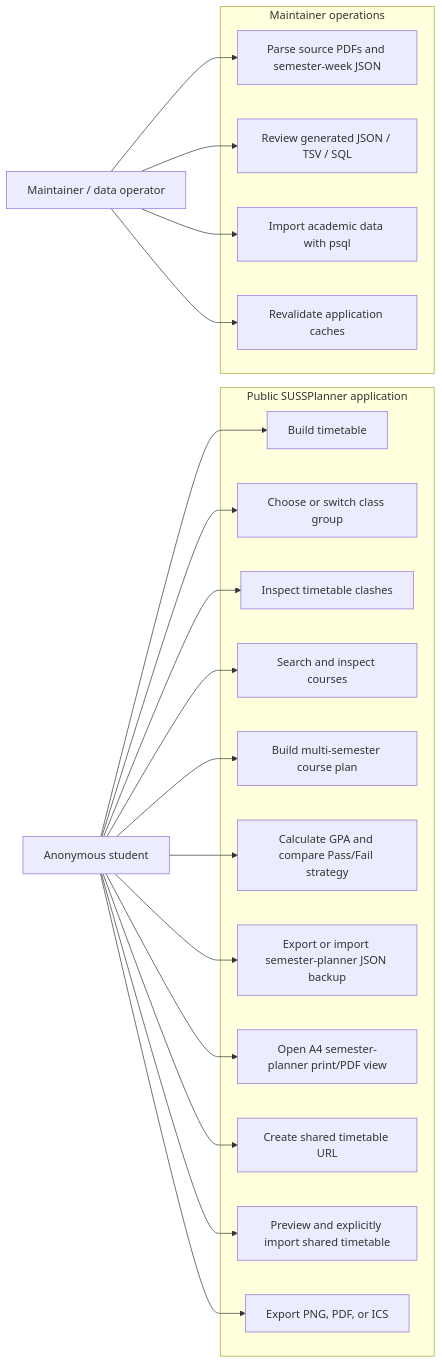
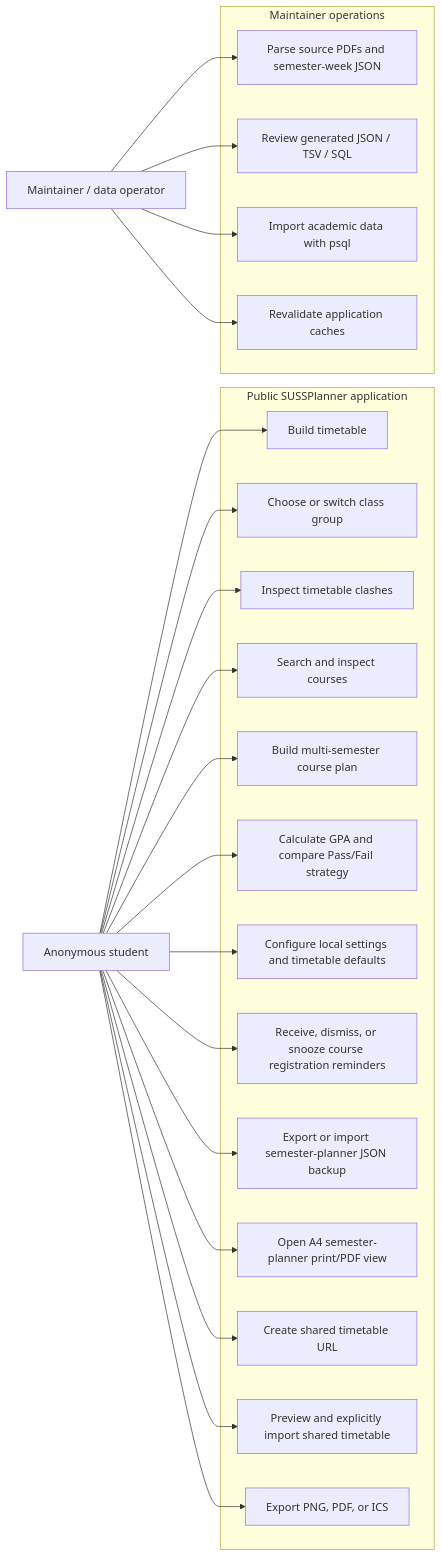
One commit to lester-td/SUSSplanner changed the third of 18 diagrams in docs/DeveloperGuide.md. Above: the diagram before and after it, drawn with Mermaid. The commit also changed other lines of this file and 1 other file, not shown here.

````diff
--- a/docs/DeveloperGuide.md
+++ b/docs/DeveloperGuide.md
@@ -515,43 +538,47 @@
 ```mermaid
 flowchart LR
     Student["Anonymous student"]
     Maintainer["Maintainer / data operator"]
 
     subgraph PublicApp["Public SUSSPlanner application"]
         Build["Build timetable"]
         Resolve["Choose or switch class group"]
         Clash["Inspect timetable clashes"]
         Search["Search and inspect courses"]
         Study["Build multi-semester course plan"]
         GPA["Calculate GPA and compare Pass/Fail strategy"]
+        Settings["Configure local settings and timetable defaults"]
+        Reminders["Receive, dismiss, or snooze course registration reminders"]
         Backup["Export or import semester-planner JSON backup"]
         Print["Open A4 semester-planner print/PDF view"]
         Share["Create shared timetable URL"]
         Preview["Preview and explicitly import shared timetable"]
         Export["Export PNG, PDF, or ICS"]
     end
 
     subgraph Operations["Maintainer operations"]
         Parse["Parse source PDFs and semester-week JSON"]
         Review["Review generated JSON / TSV / SQL"]
         Import["Import academic data with psql"]
         Invalidate["Revalidate application caches"]
     end
 
     Student --> Build
     Student --> Resolve
     Student --> Clash
     Student --> Search
     Student --> Study
     Student --> GPA
+    Student --> Settings
+    Student --> Reminders
     Student --> Backup
     Student --> Print
     Student --> Share
     Student --> Preview
     Student --> Export
 
     Maintainer --> Parse
     Maintainer --> Review
     Maintainer --> Import
     Maintainer --> Invalidate
 ```
````
